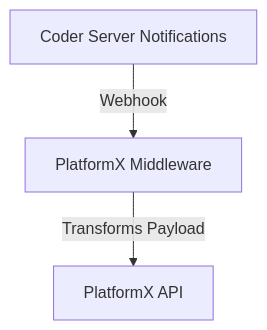
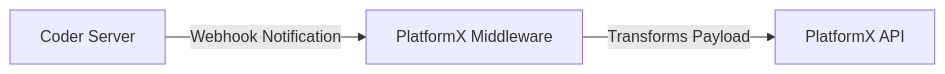
One commit to coder/coder-platformx-notifications changed the diagram in README.md. Above: the diagram before and after it, drawn with Mermaid.

Commit message:
clarify mermaid

````diff
--- a/README.md
+++ b/README.md
@@ -16,5 +16,5 @@
 ```mermaid
-graph TD;
-    Coder[Coder Server Notifications] -->|Webhook| Middleware[PlatformX Middleware];
+graph LR;
+    Coder[Coder Server] -->|Webhook Notification| Middleware[PlatformX Middleware];
     Middleware -->|Transforms Payload| PlatformX[PlatformX API];
 ```
````
